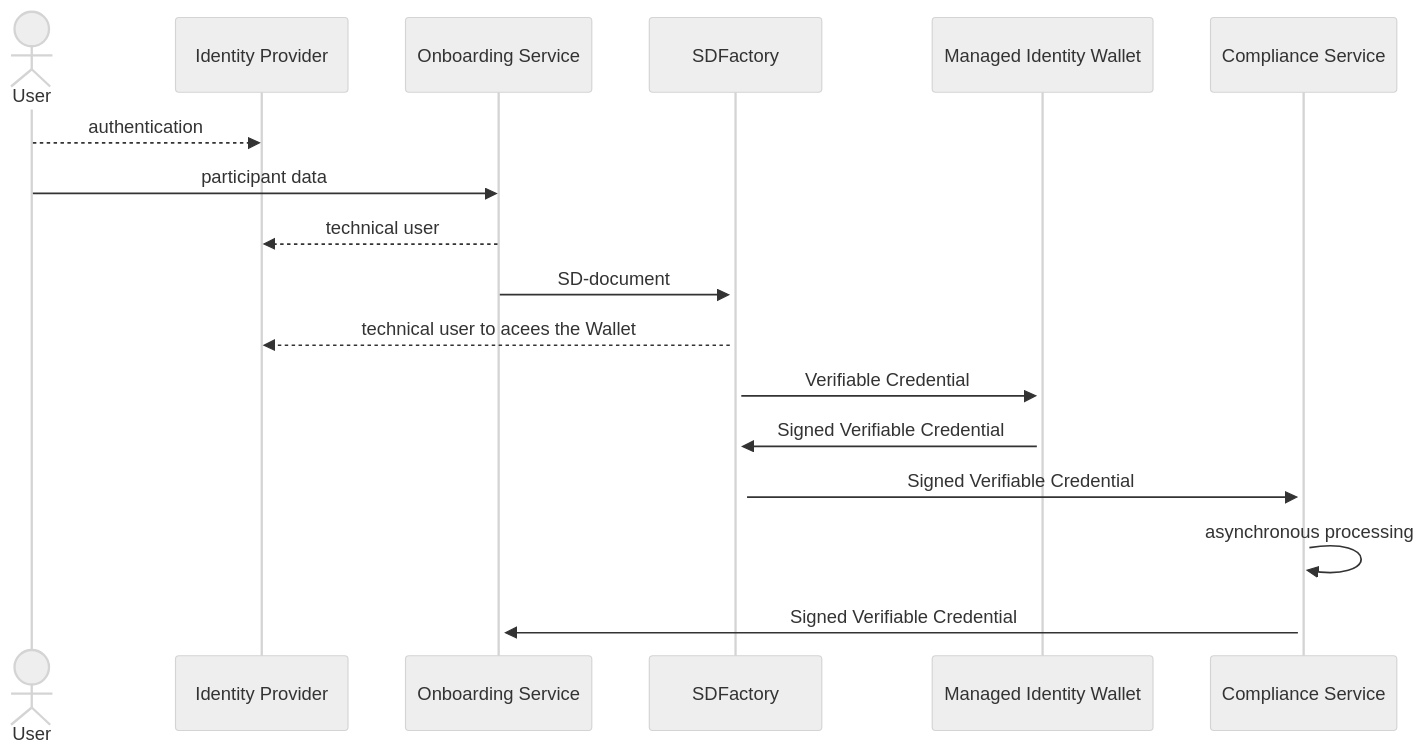
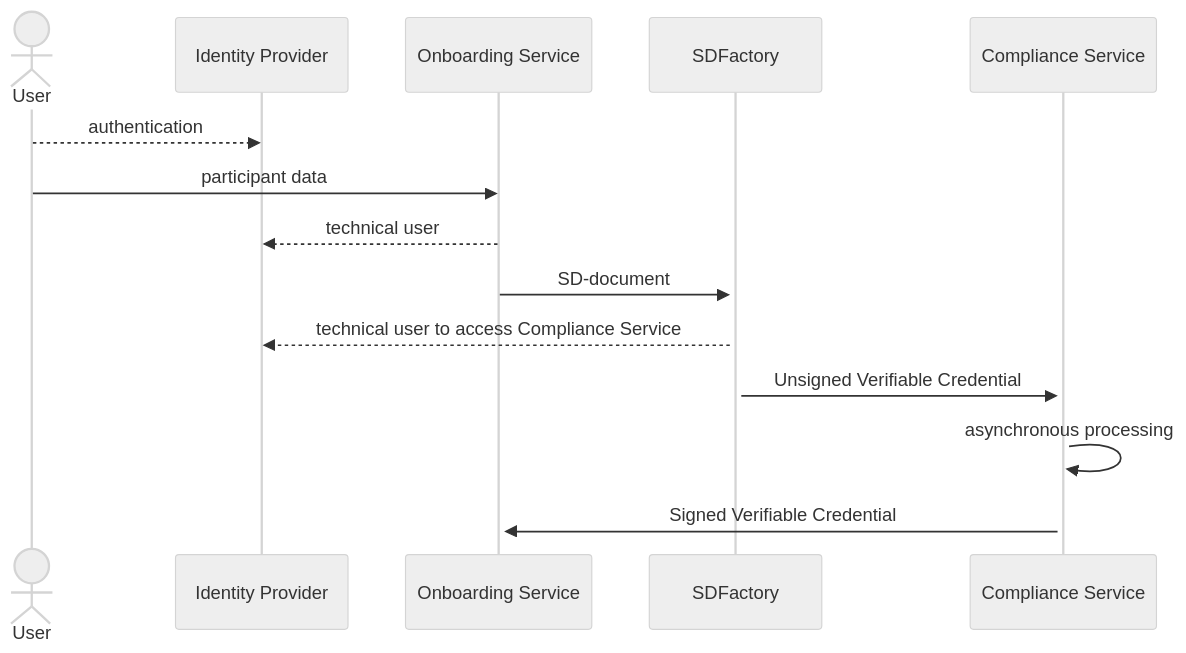
One commit to eclipse-tractusx/sd-factory changed the diagram in README.md. Above: the diagram before and after it, drawn with Mermaid (neutral theme). The commit also changed other lines of this file and 2 other files, not shown here.

````diff
--- a/README.md
+++ b/README.md
@@ -26,15 +26,12 @@
 ```mermaid
 sequenceDiagram
 	actor User
 	User-->>Identity Provider: authentication
 	User->>Onboarding Service: participant data
 	Onboarding Service-->>Identity Provider: technical user
 	Onboarding Service->>+SDFactory: SD-document 
-    SDFactory-->>Identity Provider: technical user to acees the Wallet
-    SDFactory->>+Managed Identity Wallet: Verifiable Credential
-    Managed Identity Wallet->>+SDFactory: Signed Verifiable Credential
-    SDFactory->>+Compliance Service: Signed Verifiable Credential
+    SDFactory-->>Identity Provider: technical user to access Compliance Service
+    SDFactory->>+Compliance Service: Unsigned Verifiable Credential
     Compliance Service->>Compliance Service: asynchronous processing
     Compliance Service->>+Onboarding Service: Signed Verifiable Credential
-	
 ```
````
